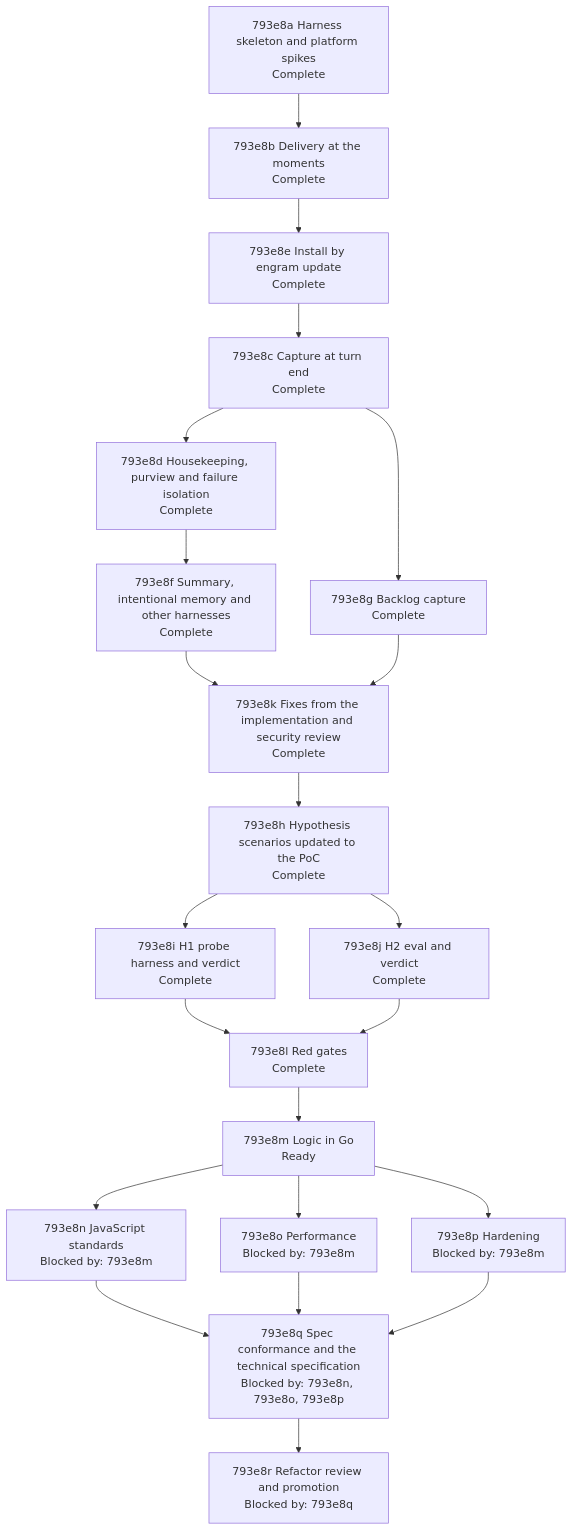
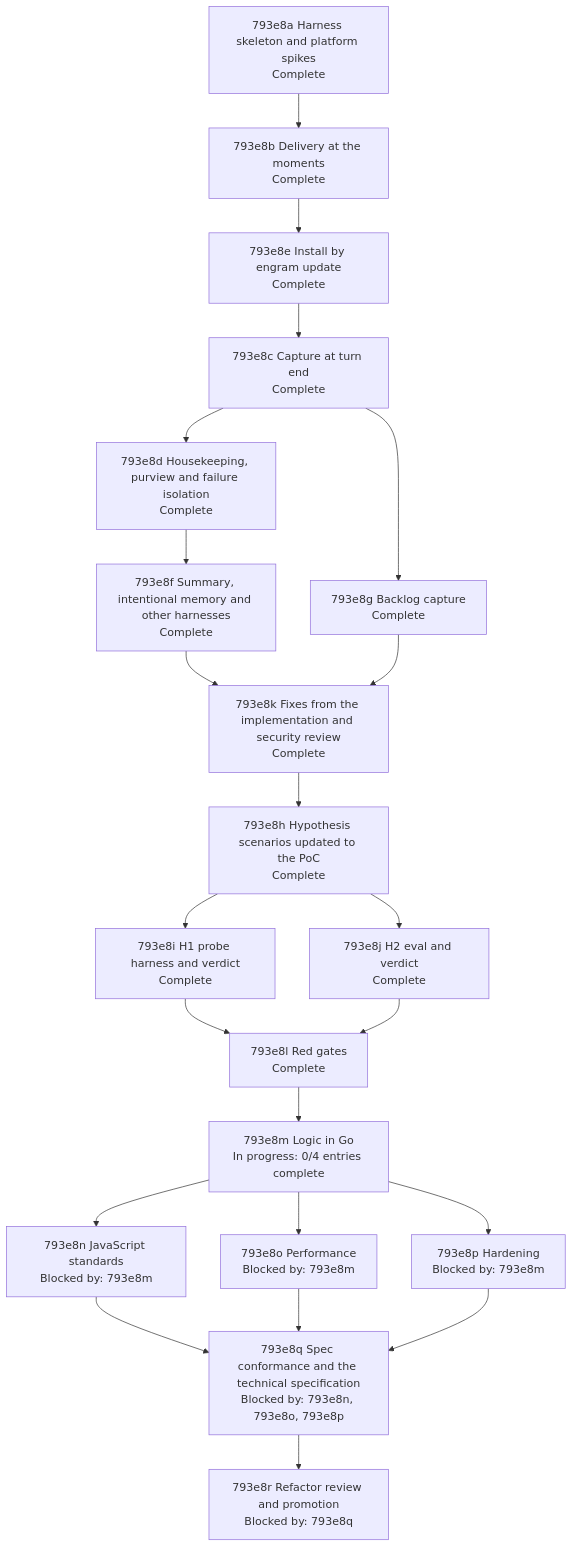
The diagram in docs/changes/793_parallel-memory-agent/793e_implementation-plan.md (toejough/engram), drawn with Mermaid before and after one commit. The commit also changed other lines of this file and 1 other file, not shown here.

Commit message:
refactor(793e8m): node 793e8m in progress
AI-Used: [claude]

````diff
--- a/docs/changes/793_parallel-memory-agent/793e_implementation-plan.md
+++ b/docs/changes/793_parallel-memory-agent/793e_implementation-plan.md
@@ -219,40 +219,40 @@
 ```mermaid
 flowchart TD
   n793e8a["793e8a Harness skeleton and platform spikes<br/>Complete"]
   n793e8b["793e8b Delivery at the moments<br/>Complete"]
   n793e8e["793e8e Install by engram update<br/>Complete"]
   n793e8c["793e8c Capture at turn end<br/>Complete"]
   n793e8d["793e8d Housekeeping, purview and failure isolation<br/>Complete"]
   n793e8g["793e8g Backlog capture<br/>Complete"]
   n793e8f["793e8f Summary, intentional memory and other harnesses<br/>Complete"]
   n793e8k["793e8k Fixes from the implementation and security review<br/>Complete"]
   n793e8h["793e8h Hypothesis scenarios updated to the PoC<br/>Complete"]
   n793e8i["793e8i H1 probe harness and verdict<br/>Complete"]
   n793e8j["793e8j H2 eval and verdict<br/>Complete"]
   n793e8l["793e8l Red gates<br/>Complete"]
-  n793e8m["793e8m Logic in Go<br/>Ready"]
+  n793e8m["793e8m Logic in Go<br/>In progress: 0/4 entries complete"]
   n793e8n["793e8n JavaScript standards<br/>Blocked by: 793e8m"]
   n793e8o["793e8o Performance<br/>Blocked by: 793e8m"]
   n793e8p["793e8p Hardening<br/>Blocked by: 793e8m"]
   n793e8q["793e8q Spec conformance and the technical specification<br/>Blocked by: 793e8n, 793e8o, 793e8p"]
   n793e8r["793e8r Refactor review and promotion<br/>Blocked by: 793e8q"]
   n793e8a --> n793e8b --> n793e8e --> n793e8c
   n793e8c --> n793e8d
   n793e8c --> n793e8g
   n793e8d --> n793e8f
   n793e8f --> n793e8k
   n793e8g --> n793e8k
   n793e8k --> n793e8h
   n793e8h --> n793e8i
   n793e8h --> n793e8j
   n793e8i --> n793e8l
   n793e8j --> n793e8l
   n793e8l --> n793e8m
   n793e8m --> n793e8n
   n793e8m --> n793e8o
   n793e8m --> n793e8p
   n793e8n --> n793e8q
   n793e8o --> n793e8q
   n793e8p --> n793e8q
   n793e8q --> n793e8r
 ```
````
